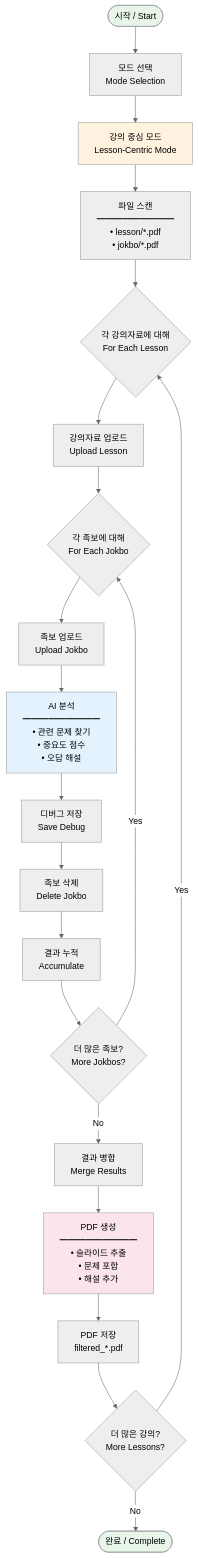
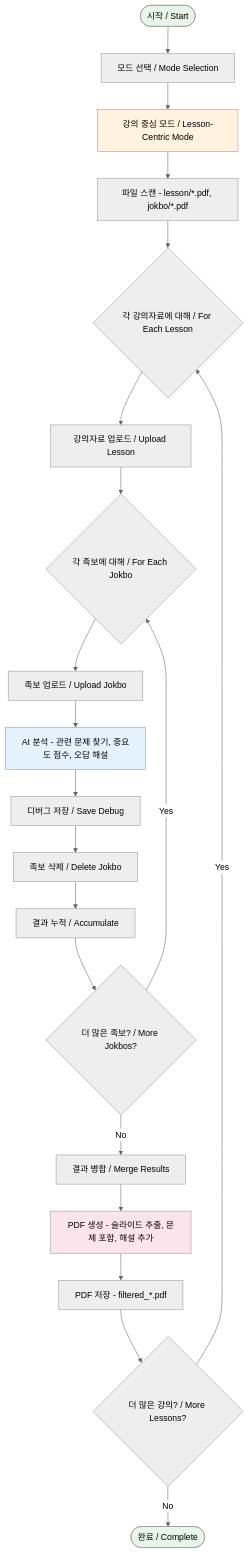
The sixth of 39 diagrams in architecture.md (ksw6895/jokbodude), drawn with Mermaid (neutral theme) before and after one commit. The commit also changed other lines of this file, not shown here.

First line of the commit message:
fix: architecture.md Mermaid 다이어그램 파싱 오류 수정

````diff
--- a/architecture.md
+++ b/architecture.md
@@ -317,37 +317,37 @@
 ```mermaid
 flowchart TD
-    Start([시작 / Start]) --> SelectMode[모드 선택<br/>Mode Selection]
-    SelectMode --> LessonMode[강의 중심 모드<br/>Lesson-Centric Mode]
+    Start([시작 / Start]) --> SelectMode[모드 선택 / Mode Selection]
+    SelectMode --> LessonMode[강의 중심 모드 / Lesson-Centric Mode]
     
-    LessonMode --> ScanFiles[파일 스캔<br/>━━━━━━━━━<br/>• lesson/*.pdf<br/>• jokbo/*.pdf]
+    LessonMode --> ScanFiles[파일 스캔 - lesson/*.pdf, jokbo/*.pdf]
     
-    ScanFiles --> ForEachLesson{각 강의자료에 대해<br/>For Each Lesson}
+    ScanFiles --> ForEachLesson{각 강의자료에 대해 / For Each Lesson}
     
-    ForEachLesson --> UploadLesson[강의자료 업로드<br/>Upload Lesson]
-    UploadLesson --> ForEachJokbo{각 족보에 대해<br/>For Each Jokbo}
+    ForEachLesson --> UploadLesson[강의자료 업로드 / Upload Lesson]
+    UploadLesson --> ForEachJokbo{각 족보에 대해 / For Each Jokbo}
     
-    ForEachJokbo --> UploadJokbo[족보 업로드<br/>Upload Jokbo]
-    UploadJokbo --> AnalyzeAI[AI 분석<br/>━━━━━━━━━<br/>• 관련 문제 찾기<br/>• 중요도 점수<br/>• 오답 해설]
+    ForEachJokbo --> UploadJokbo[족보 업로드 / Upload Jokbo]
+    UploadJokbo --> AnalyzeAI[AI 분석 - 관련 문제 찾기, 중요도 점수, 오답 해설]
     
-    AnalyzeAI --> SaveDebug[디버그 저장<br/>Save Debug]
-    SaveDebug --> DeleteJokbo[족보 삭제<br/>Delete Jokbo]
-    DeleteJokbo --> AccumulateResults[결과 누적<br/>Accumulate]
+    AnalyzeAI --> SaveDebug[디버그 저장 / Save Debug]
+    SaveDebug --> DeleteJokbo[족보 삭제 / Delete Jokbo]
+    DeleteJokbo --> AccumulateResults[결과 누적 / Accumulate]
     
-    AccumulateResults --> MoreJokbo{더 많은 족보?<br/>More Jokbos?}
+    AccumulateResults --> MoreJokbo{더 많은 족보? / More Jokbos?}
     MoreJokbo -->|Yes| ForEachJokbo
-    MoreJokbo -->|No| MergeResults[결과 병합<br/>Merge Results]
+    MoreJokbo -->|No| MergeResults[결과 병합 / Merge Results]
     
-    MergeResults --> CreatePDF[PDF 생성<br/>━━━━━━━━━<br/>• 슬라이드 추출<br/>• 문제 포함<br/>• 해설 추가]
+    MergeResults --> CreatePDF[PDF 생성 - 슬라이드 추출, 문제 포함, 해설 추가]
     
-    CreatePDF --> SavePDF[PDF 저장<br/>filtered_*.pdf]
-    SavePDF --> MoreLessons{더 많은 강의?<br/>More Lessons?}
+    CreatePDF --> SavePDF[PDF 저장 - filtered_*.pdf]
+    SavePDF --> MoreLessons{더 많은 강의? / More Lessons?}
     
     MoreLessons -->|Yes| ForEachLesson
     MoreLessons -->|No| End([완료 / Complete])
     
     style Start fill:#e8f5e9
     style End fill:#e8f5e9
     style LessonMode fill:#fff3e0
     style AnalyzeAI fill:#e3f2fd
     style CreatePDF fill:#fce4ec
 ```
````
